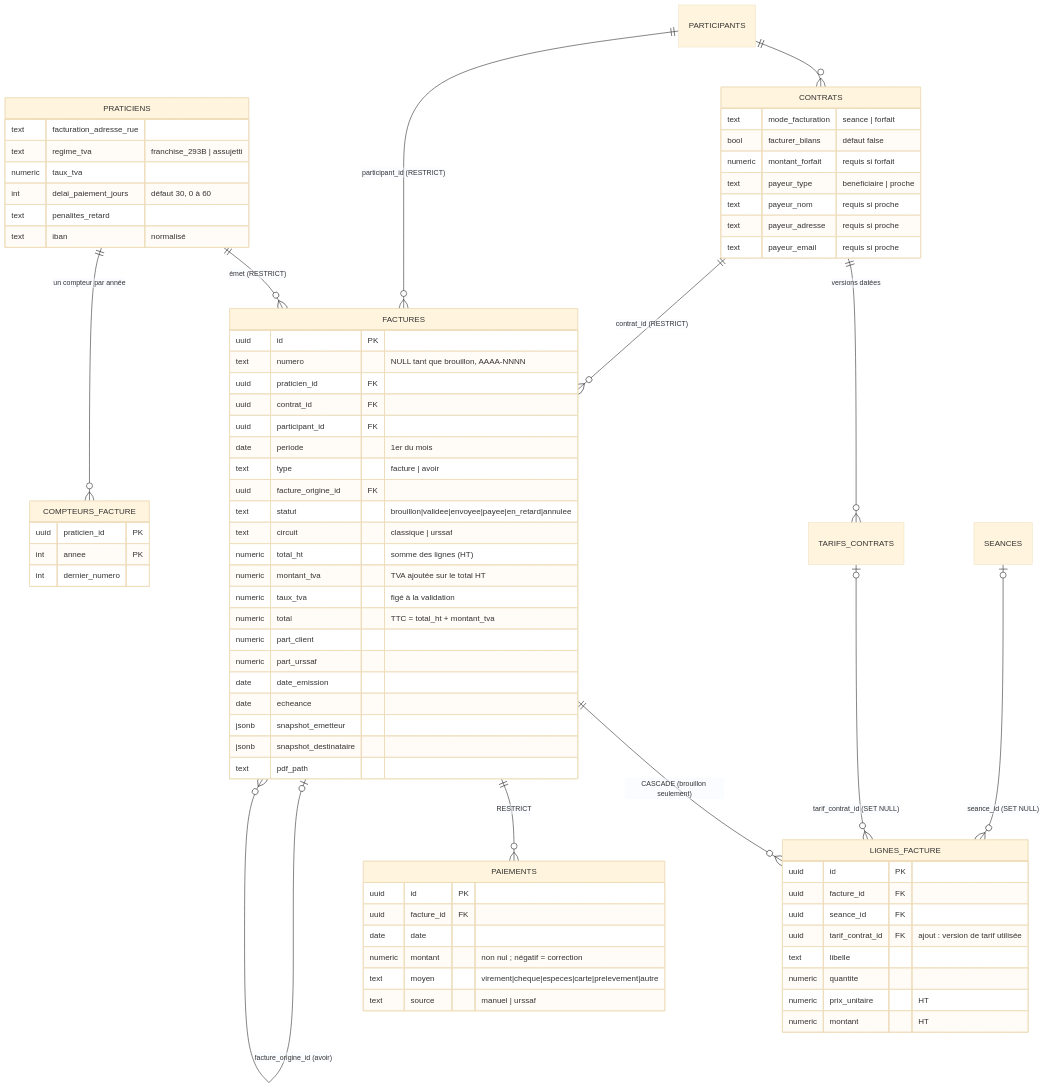
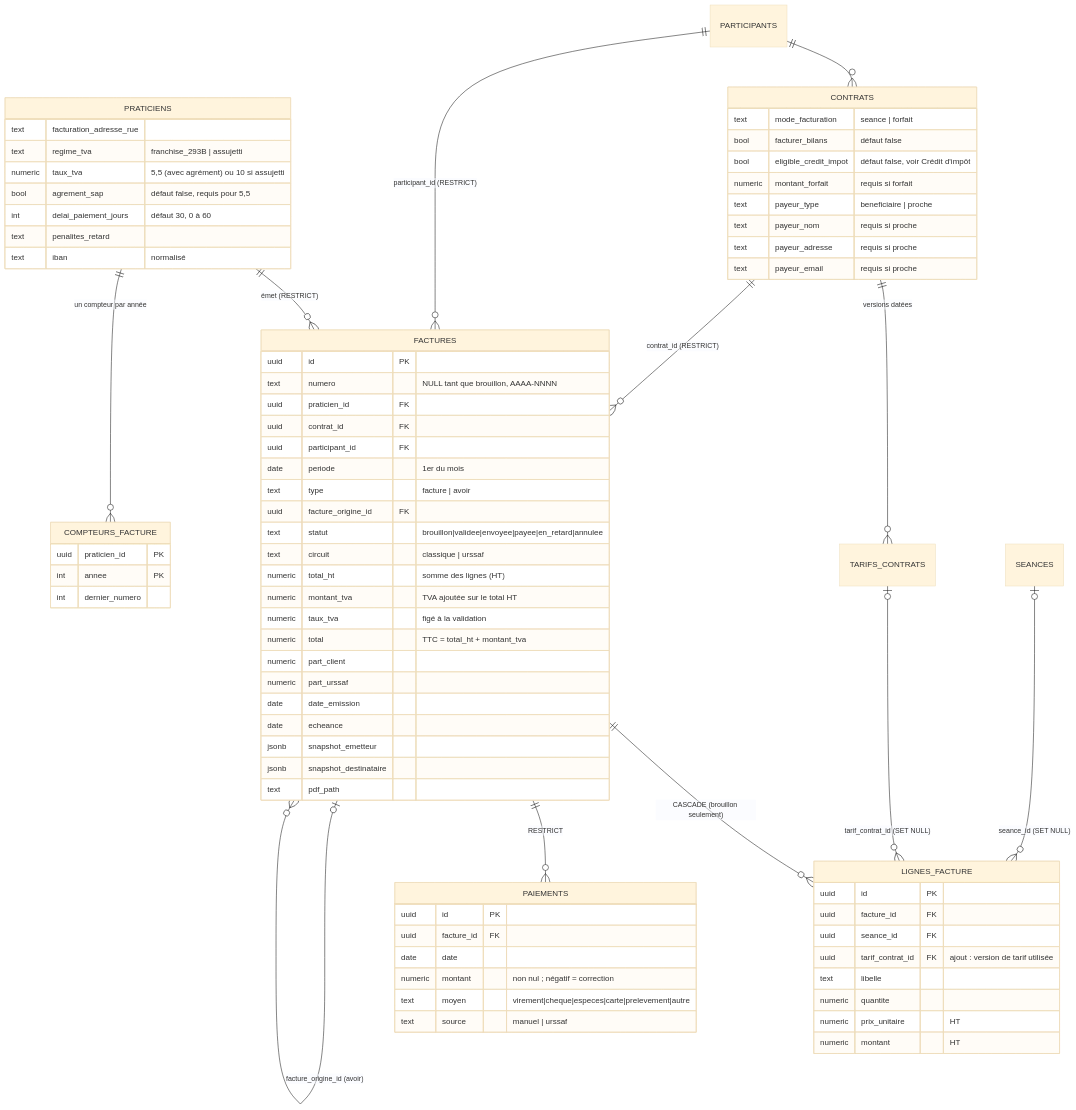
One commit to lorenzoht-sys/Horizon-app changed the diagram in docs/FACTURATION.md. Above: the diagram before and after it, drawn with Mermaid (base theme). The commit also changed other lines of this file, not shown here.

First line of the commit message:
docs(facturation): règles de crédit d'impôt et de taux de TVA, avec sources et points à confirmer

````diff
--- a/docs/FACTURATION.md
+++ b/docs/FACTURATION.md
@@ -17,78 +17,80 @@
 ```mermaid
 erDiagram
     PRATICIENS ||--o{ FACTURES : "émet (RESTRICT)"
     PRATICIENS ||--o{ COMPTEURS_FACTURE : "un compteur par année"
     PARTICIPANTS ||--o{ CONTRATS : ""
     CONTRATS ||--o{ TARIFS_CONTRATS : "versions datées"
     CONTRATS ||--o{ FACTURES : "contrat_id (RESTRICT)"
     PARTICIPANTS ||--o{ FACTURES : "participant_id (RESTRICT)"
     FACTURES ||--o{ LIGNES_FACTURE : "CASCADE (brouillon seulement)"
     FACTURES ||--o{ PAIEMENTS : "RESTRICT"
     FACTURES |o--o{ FACTURES : "facture_origine_id (avoir)"
     SEANCES |o--o{ LIGNES_FACTURE : "seance_id (SET NULL)"
     TARIFS_CONTRATS |o--o{ LIGNES_FACTURE : "tarif_contrat_id (SET NULL)"
 
     PRATICIENS {
         text facturation_adresse_rue
         text regime_tva "franchise_293B | assujetti"
-        numeric taux_tva
+        numeric taux_tva "5,5 (avec agrément) ou 10 si assujetti"
+        bool agrement_sap "défaut false, requis pour 5,5"
         int delai_paiement_jours "défaut 30, 0 à 60"
         text penalites_retard
         text iban "normalisé"
     }
     CONTRATS {
         text mode_facturation "seance | forfait"
         bool facturer_bilans "défaut false"
+        bool eligible_credit_impot "défaut false, voir Crédit d'impôt"
         numeric montant_forfait "requis si forfait"
         text payeur_type "beneficiaire | proche"
         text payeur_nom "requis si proche"
         text payeur_adresse "requis si proche"
         text payeur_email "requis si proche"
     }
     FACTURES {
         uuid id PK
         text numero "NULL tant que brouillon, AAAA-NNNN"
         uuid praticien_id FK
         uuid contrat_id FK
         uuid participant_id FK
         date periode "1er du mois"
         text type "facture | avoir"
         uuid facture_origine_id FK
         text statut "brouillon|validee|envoyee|payee|en_retard|annulee"
         text circuit "classique | urssaf"
         numeric total_ht "somme des lignes (HT)"
         numeric montant_tva "TVA ajoutée sur le total HT"
         numeric taux_tva "figé à la validation"
         numeric total "TTC = total_ht + montant_tva"
         numeric part_client
         numeric part_urssaf
         date date_emission
         date echeance
         jsonb snapshot_emetteur
         jsonb snapshot_destinataire
         text pdf_path
     }
     LIGNES_FACTURE {
         uuid id PK
         uuid facture_id FK
         uuid seance_id FK
         uuid tarif_contrat_id FK "ajout : version de tarif utilisée"
         text libelle
         numeric quantite
         numeric prix_unitaire "HT"
         numeric montant "HT"
     }
     PAIEMENTS {
         uuid id PK
         uuid facture_id FK
         date date
         numeric montant "non nul ; négatif = correction"
         text moyen "virement|cheque|especes|carte|prelevement|autre"
         text source "manuel | urssaf"
     }
     COMPTEURS_FACTURE {
         uuid praticien_id PK
         int annee PK
         int dernier_numero
     }
 ```
````
